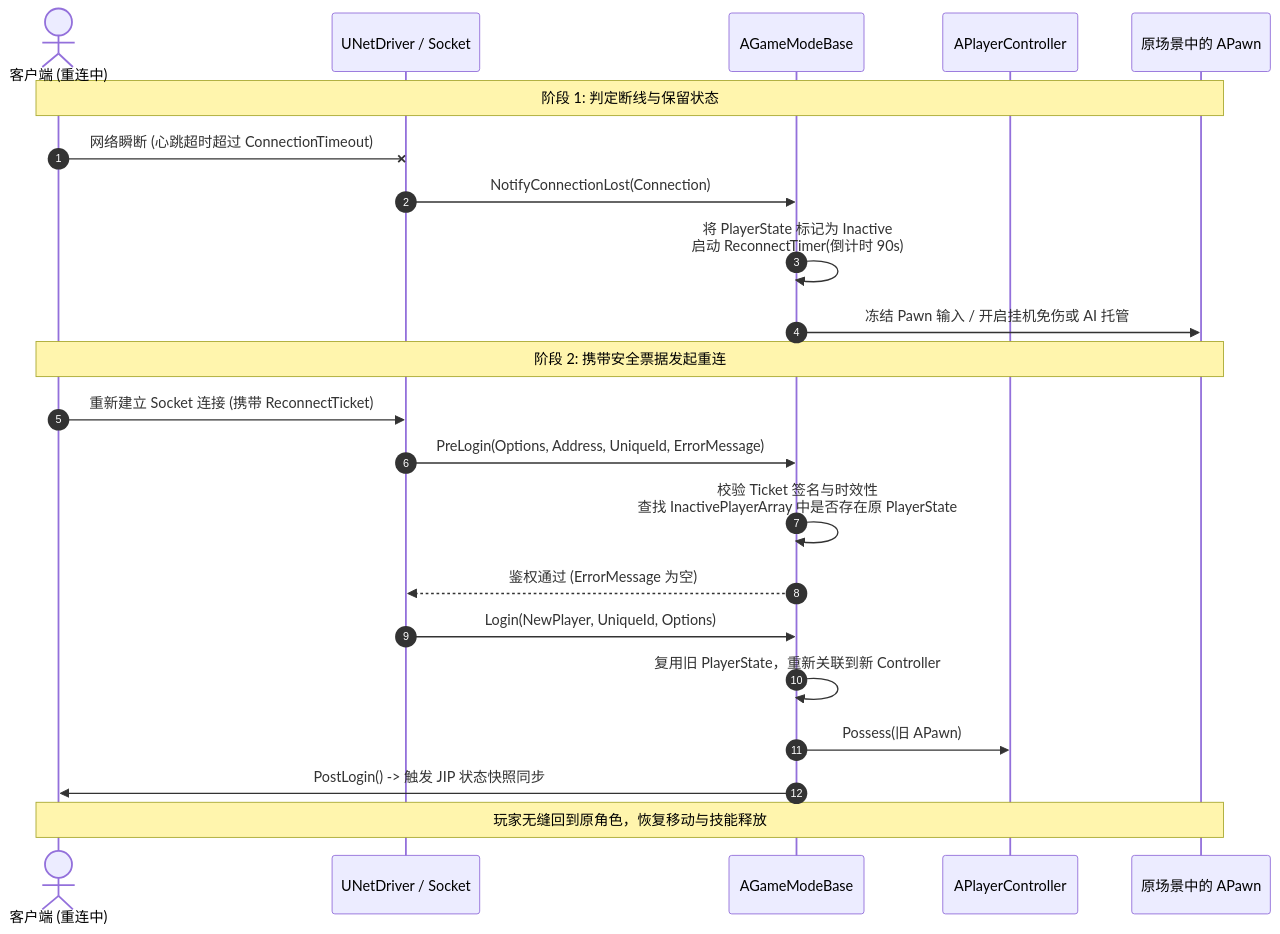
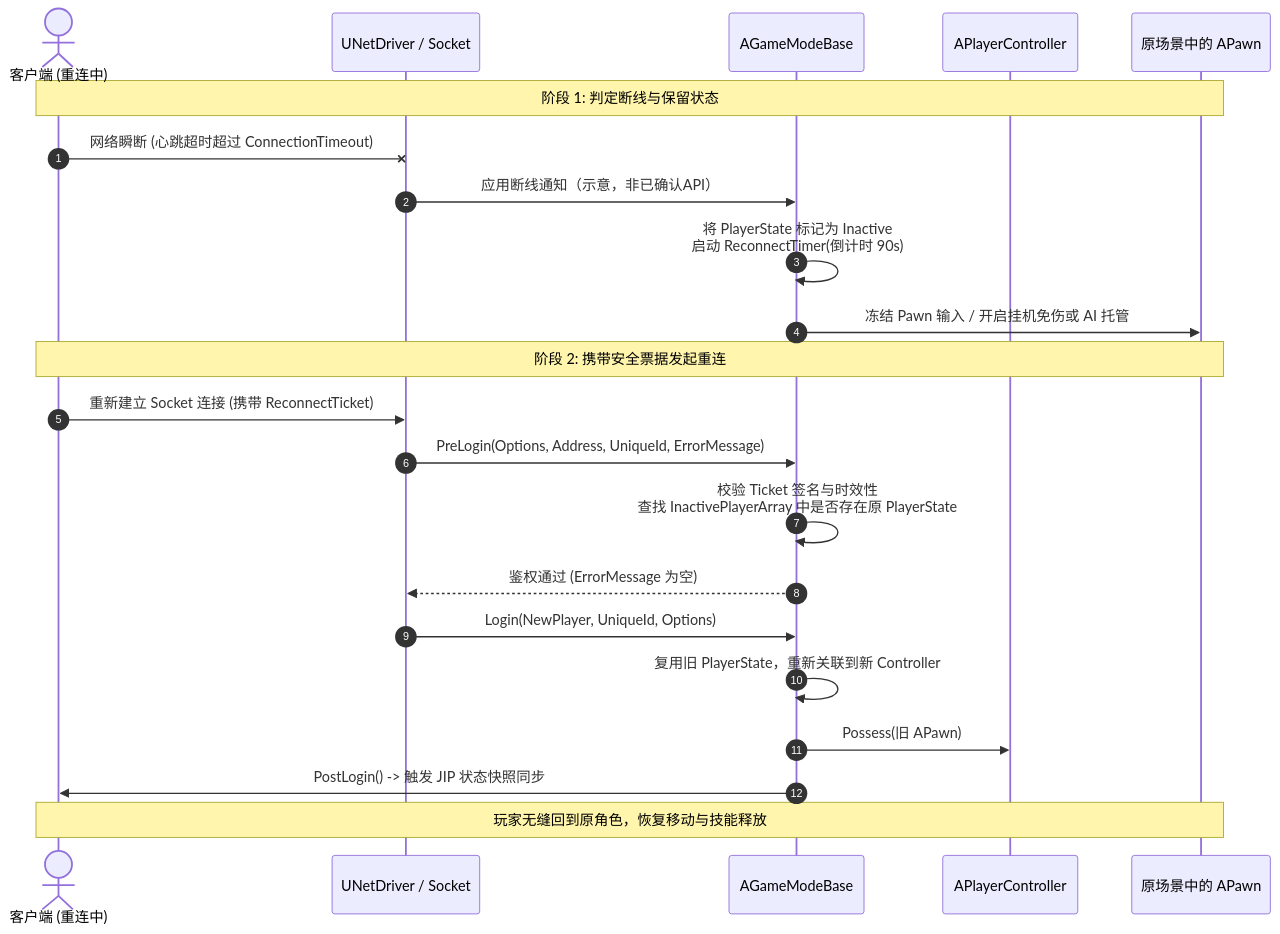
Before and after one commit to fantuan812/learning: the first of 3 diagrams in 知识/07-网络与游戏服务端/会话身份与在线服务/03-DS会话注册与重连实现.md, drawn with Mermaid. The commit also changed other lines of this file and 18 other files, not shown here.

````diff
--- a/知识/07-网络与游戏服务端/会话身份与在线服务/03-DS会话注册与重连实现.md
+++ b/知识/07-网络与游戏服务端/会话身份与在线服务/03-DS会话注册与重连实现.md
@@ -48,27 +51,27 @@
 ```mermaid
 sequenceDiagram
     autonumber
     actor Client as 客户端 (重连中)
     participant NetDriver as UNetDriver / Socket
     participant GameMode as AGameModeBase
     participant Controller as APlayerController
     participant Pawn as 原场景中的 APawn
 
     Note over Client,Pawn: 阶段 1: 判定断线与保留状态
     Client-xNetDriver: 网络瞬断 (心跳超时超过 ConnectionTimeout)
-    NetDriver->>GameMode: NotifyConnectionLost(Connection)
+    NetDriver->>GameMode: 应用断线通知（示意，非已确认API）
     GameMode->>GameMode: 将 PlayerState 标记为 Inactive<br/>启动 ReconnectTimer(倒计时 90s)
     GameMode->>Pawn: 冻结 Pawn 输入 / 开启挂机免伤或 AI 托管
 
     Note over Client,Pawn: 阶段 2: 携带安全票据发起重连
     Client->>NetDriver: 重新建立 Socket 连接 (携带 ReconnectTicket)
     NetDriver->>GameMode: PreLogin(Options, Address, UniqueId, ErrorMessage)
     GameMode->>GameMode: 校验 Ticket 签名与时效性<br/>查找 InactivePlayerArray 中是否存在原 PlayerState
     GameMode-->>NetDriver: 鉴权通过 (ErrorMessage 为空)
 
     NetDriver->>GameMode: Login(NewPlayer, UniqueId, Options)
     GameMode->>GameMode: 复用旧 PlayerState，重新关联到新 Controller
     GameMode->>Controller: Possess(旧 APawn)
     GameMode->>Client: PostLogin() -> 触发 JIP 状态快照同步
     Note over Client,Pawn: 玩家无缝回到原角色，恢复移动与技能释放
 ```
````
